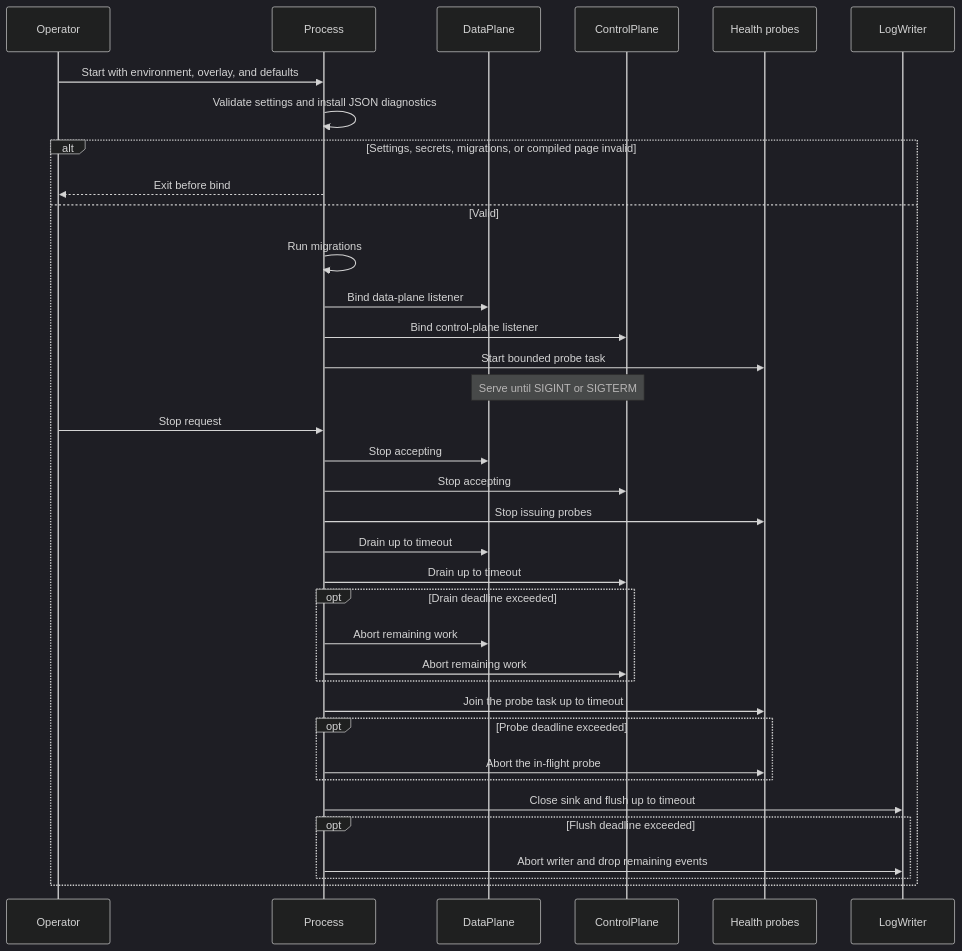
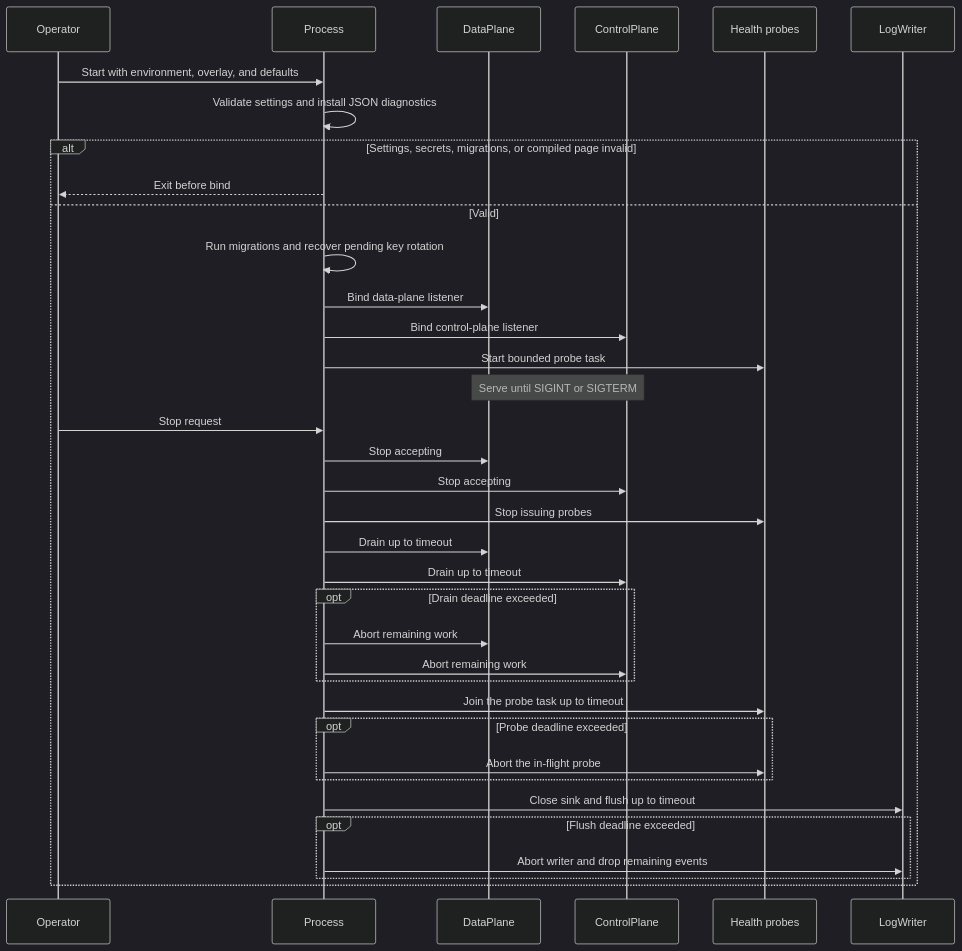
The diagram in doc/modules/process.md (sequencestream/tokenstream), drawn with Mermaid (dark theme) before and after one commit. The commit also changed other lines of this file and 33 other files, not shown here.

Commit message:
refactor: harden request preparation and recoverable key rotation (#6)

````diff
--- a/doc/modules/process.md
+++ b/doc/modules/process.md
@@ -23,39 +23,39 @@
 ```mermaid
 sequenceDiagram
     participant Op as Operator
     participant P as Process
     participant D as DataPlane
     participant C as ControlPlane
     participant H as Health probes
     participant L as LogWriter
 
     Op->>P: Start with environment, overlay, and defaults
     P->>P: Validate settings and install JSON diagnostics
     alt Settings, secrets, migrations, or compiled page invalid
         P-->>Op: Exit before bind
     else Valid
-        P->>P: Run migrations
+        P->>P: Run migrations and recover pending key rotation
         P->>D: Bind data-plane listener
         P->>C: Bind control-plane listener
         P->>H: Start bounded probe task
         Note over D,C: Serve until SIGINT or SIGTERM
         Op->>P: Stop request
         P->>D: Stop accepting
         P->>C: Stop accepting
         P->>H: Stop issuing probes
         P->>D: Drain up to timeout
         P->>C: Drain up to timeout
         opt Drain deadline exceeded
             P->>D: Abort remaining work
             P->>C: Abort remaining work
         end
         P->>H: Join the probe task up to timeout
         opt Probe deadline exceeded
             P->>H: Abort the in-flight probe
         end
         P->>L: Close sink and flush up to timeout
         opt Flush deadline exceeded
             P->>L: Abort writer and drop remaining events
         end
     end
 ```
````
